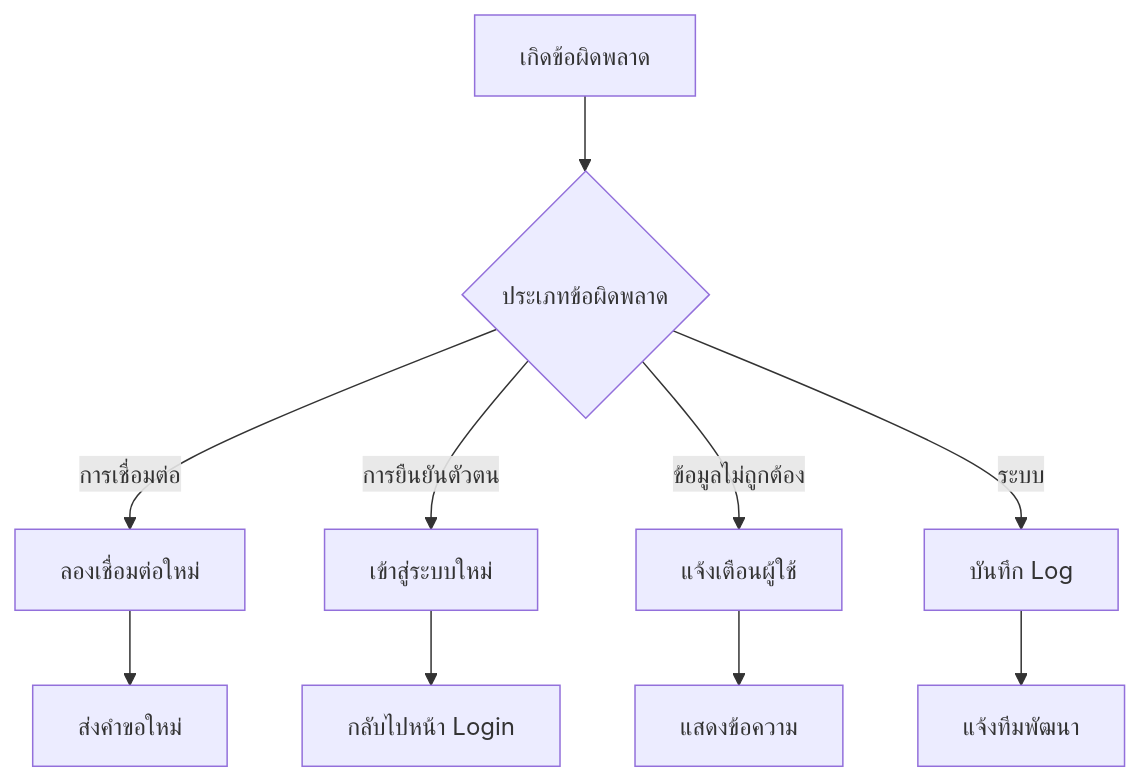
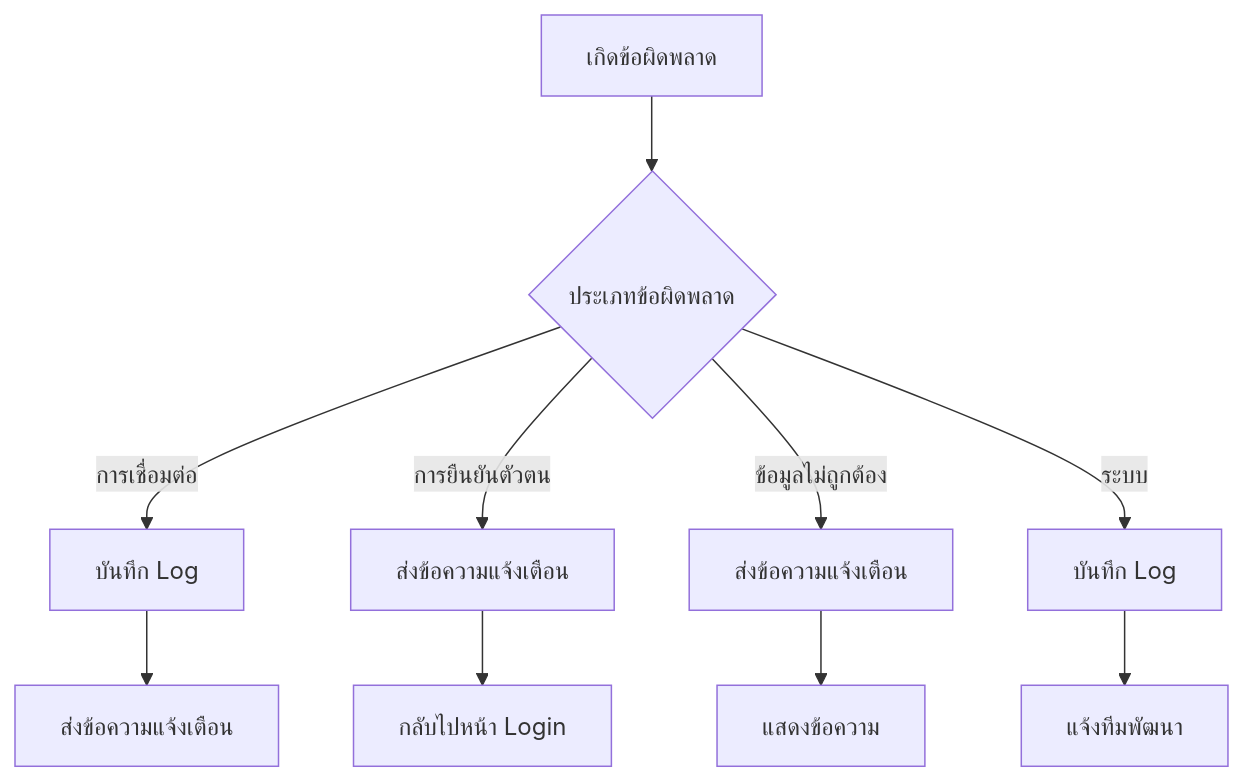
The tenth of 20 diagrams in docs/diagrams.md (Phattarapong26/PowerAiChat_LLM), drawn with Mermaid before and after one commit. The commit also changed other lines of this file, not shown here.

````diff
--- a/docs/diagrams.md
+++ b/docs/diagrams.md
@@ -172,12 +182,12 @@
 ```mermaid
 graph TD
     A[เกิดข้อผิดพลาด] --> B{ประเภทข้อผิดพลาด}
-    B -->|การเชื่อมต่อ| C[ลองเชื่อมต่อใหม่]
-    B -->|การยืนยันตัวตน| D[เข้าสู่ระบบใหม่]
-    B -->|ข้อมูลไม่ถูกต้อง| E[แจ้งเตือนผู้ใช้]
+    B -->|การเชื่อมต่อ| C[บันทึก Log]
+    B -->|การยืนยันตัวตน| D[ส่งข้อความแจ้งเตือน]
+    B -->|ข้อมูลไม่ถูกต้อง| E[ส่งข้อความแจ้งเตือน]
     B -->|ระบบ| F[บันทึก Log]
-    C --> G[ส่งคำขอใหม่]
+    C --> G[ส่งข้อความแจ้งเตือน]
     D --> H[กลับไปหน้า Login]
     E --> I[แสดงข้อความ]
     F --> J[แจ้งทีมพัฒนา]
 ```
````
